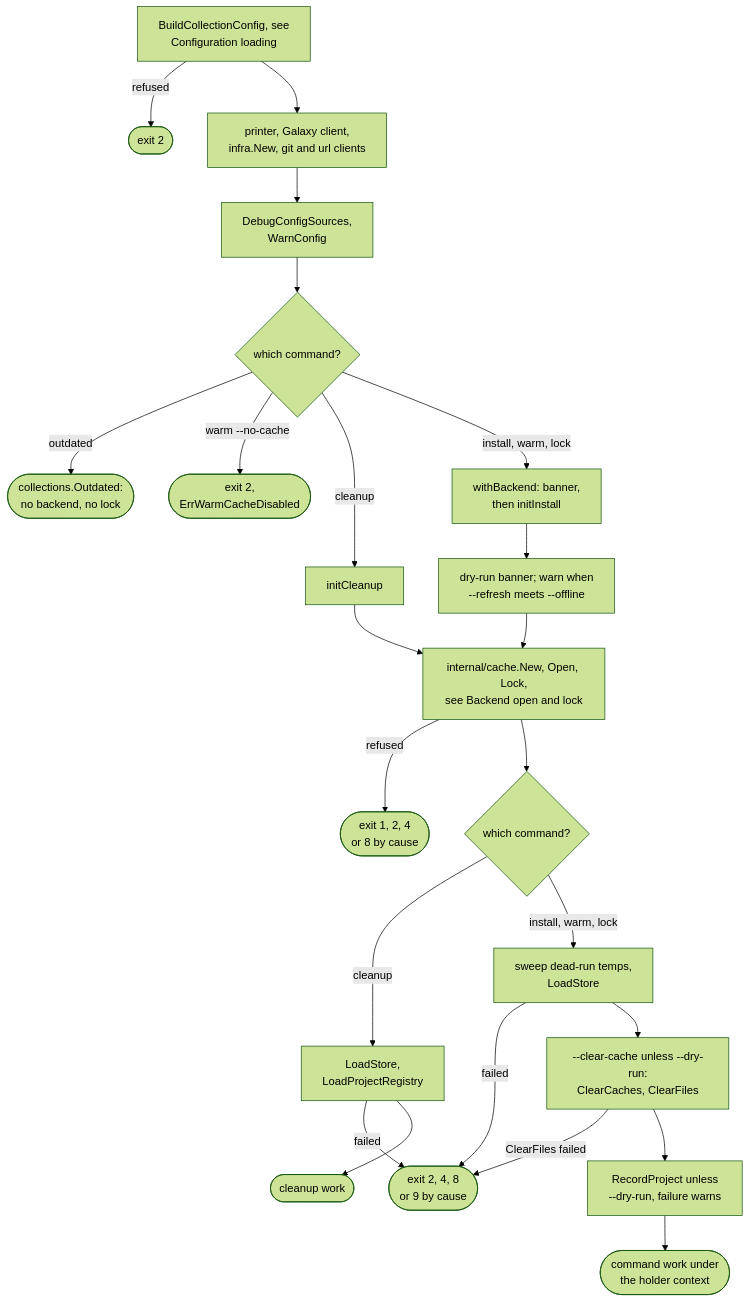
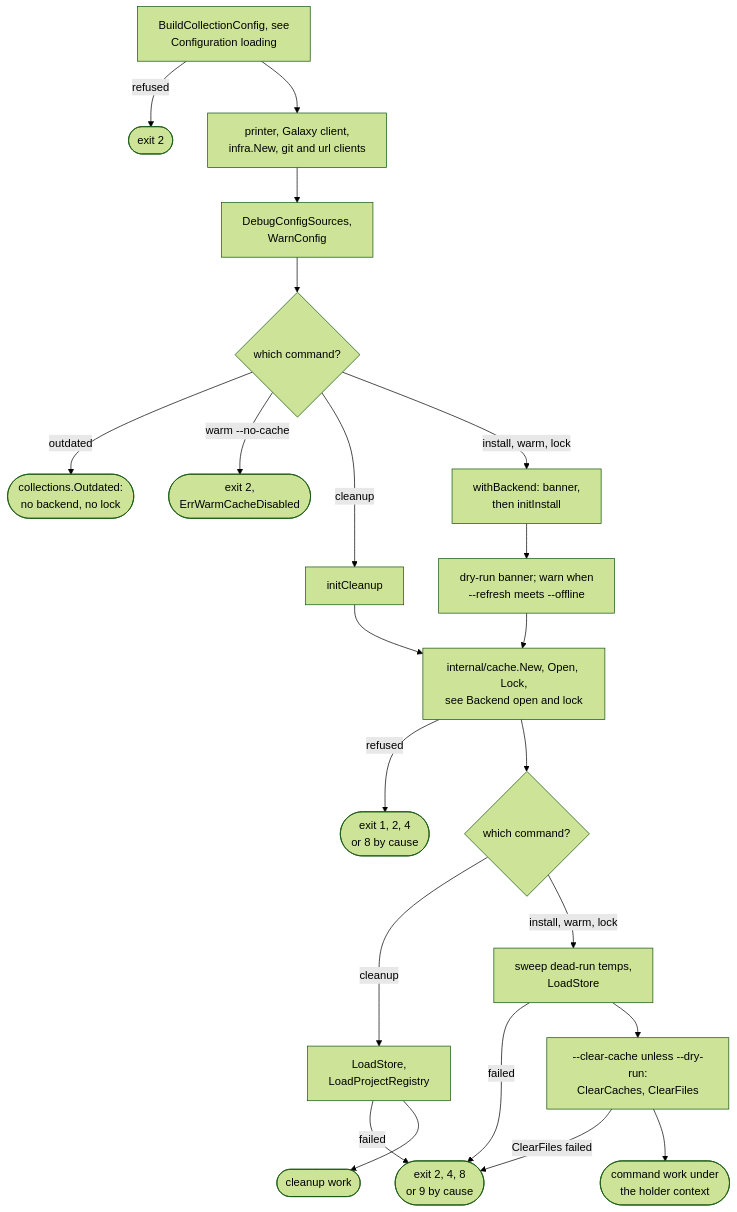
The third of 4 diagrams in docs/internals/commands.md (greeddj/go-galaxy), drawn with Mermaid (forest theme) before and after one commit. The commit also changed other lines of this file and 17 other files, not shown here.

````diff
--- a/docs/internals/commands.md
+++ b/docs/internals/commands.md
@@ -130,25 +130,24 @@
 ```mermaid
 flowchart TD
   C1["BuildCollectionConfig, see<br/>Configuration loading"] -->|"refused"| XC(["exit 2"])
   C1 --> C2["printer, Galaxy client,<br/>infra.New, git and url clients"]
   C2 --> C3["DebugConfigSources,<br/>WarnConfig"]
   C3 --> C4{"which command?"}
   C4 -->|"outdated"| XOD(["collections.Outdated:<br/>no backend, no lock"])
   C4 -->|"warm --no-cache"| XW(["exit 2,<br/>ErrWarmCacheDisabled"])
   C4 -->|"cleanup"| C5["initCleanup"]
   C4 -->|"install, warm, lock"| C6["withBackend: banner,<br/>then initInstall"]
   C6 --> C7["dry-run banner; warn when<br/>--refresh meets --offline"]
   C7 --> C8["internal/cache.New, Open, Lock,<br/>see Backend open and lock"]
   C5 --> C8
   C8 -->|"refused"| XB(["exit 1, 2, 4<br/>or 8 by cause"])
   C8 --> C9{"which command?"}
   C9 -->|"cleanup"| C10["LoadStore,<br/>LoadProjectRegistry"]
   C9 -->|"install, warm, lock"| C11["sweep dead-run temps,<br/>LoadStore"]
   C10 -->|"failed"| XP(["exit 2, 4, 8<br/>or 9 by cause"])
   C11 -->|"failed"| XP
   C11 --> C12["--clear-cache unless --dry-run:<br/>ClearCaches, ClearFiles"]
   C12 -->|"ClearFiles failed"| XP
-  C12 --> C13["RecordProject unless<br/>--dry-run, failure warns"]
-  C13 --> XI(["command work under<br/>the holder context"])
+  C12 --> XI(["command work under<br/>the holder context"])
   C10 --> XCL(["cleanup work"])
 ```
````
